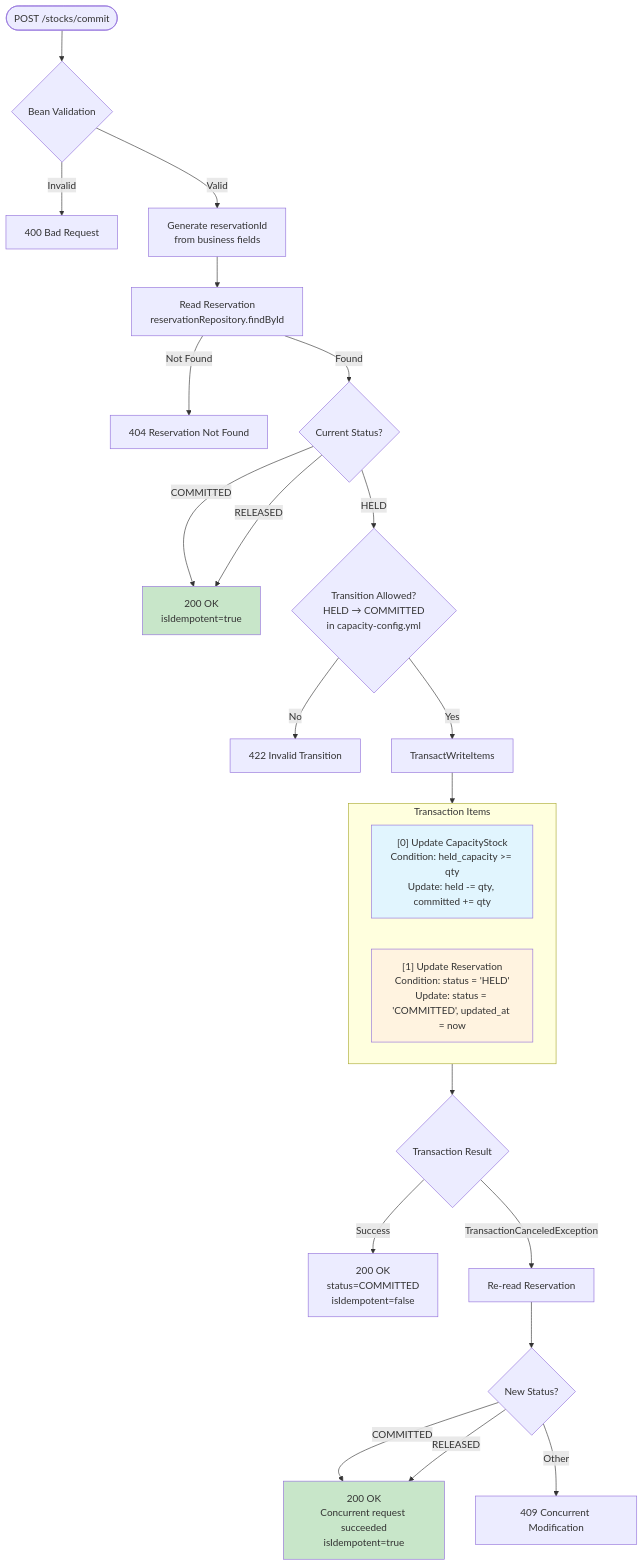
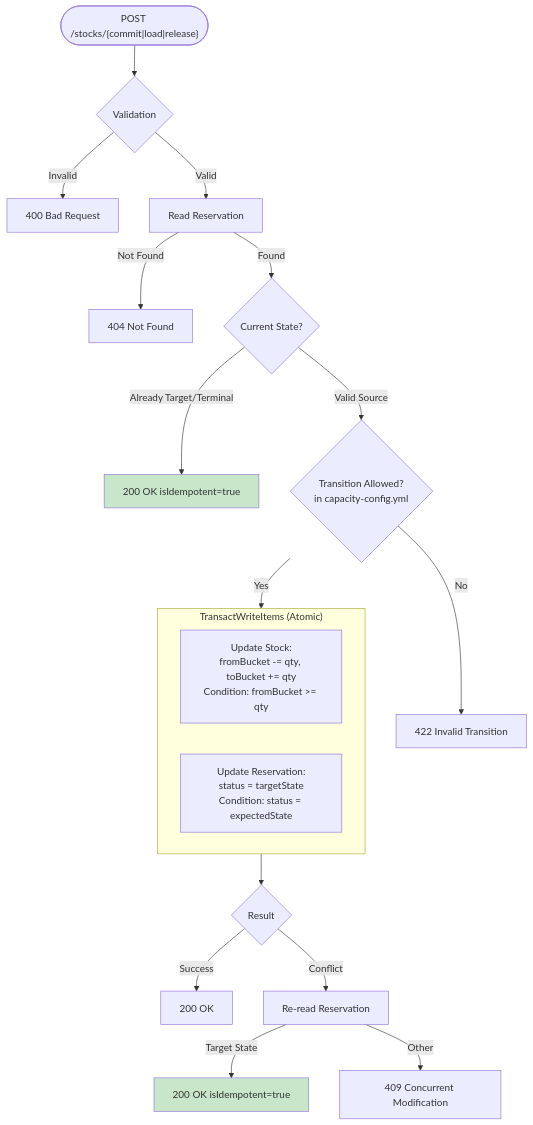
One commit to sethu-rs/stockkeeper changed the third of 6 diagrams in docs/api-flow-diagrams.md. Above: the diagram before and after it, drawn with Mermaid. The commit also changed other lines of this file, not shown here.

Commit message:
aws architecture added

````diff
--- a/docs/api-flow-diagrams.md
+++ b/docs/api-flow-diagrams.md
@@ -201,38 +132,29 @@
 ```mermaid
 flowchart TD
-    Start([POST /stocks/commit]) --> Validate{Bean Validation}
+    Start(["POST /stocks/{commit|load|release}"]) --> Validate{Validation}
     Validate -->|Invalid| Err400[400 Bad Request]
-    Validate -->|Valid| GenKeys[Generate reservationId<br/>from business fields]
+    Validate -->|Valid| Read[Read Reservation]
 
-    GenKeys --> ReadResv[Read Reservation<br/>reservationRepository.findById]
-    ReadResv -->|Not Found| Err404[404 Reservation Not Found]
-    ReadResv -->|Found| CheckState{Current Status?}
+    Read -->|Not Found| Err404[404 Not Found]
+    Read -->|Found| CheckState{Current State?}
 
-    CheckState -->|COMMITTED| IdemReturn[200 OK<br/>isIdempotent=true]
-    CheckState -->|RELEASED| IdemReturn
-    CheckState -->|HELD| ValidateTrans{Transition Allowed?<br/>HELD → COMMITTED<br/>in capacity-config.yml}
+    CheckState -->|Already Target/Terminal| Idemp[200 OK isIdempotent=true]
+    CheckState -->|Valid Source| ValidateTrans{Transition Allowed?<br/>in capacity-config.yml}
 
     ValidateTrans -->|No| Err422[422 Invalid Transition]
-    ValidateTrans -->|Yes| Transaction[TransactWriteItems]
+    ValidateTrans -->|Yes| Transaction
 
-    subgraph TxItems["Transaction Items"]
-        Item0["[0] Update CapacityStock<br/>Condition: held_capacity >= qty<br/>Update: held -= qty, committed += qty"]
-        Item1["[1] Update Reservation<br/>Condition: status = 'HELD'<br/>Update: status = 'COMMITTED', updated_at = now"]
+    subgraph Transaction["TransactWriteItems (Atomic)"]
+        T1["Update Stock:<br/>fromBucket -= qty, toBucket += qty<br/>Condition: fromBucket >= qty"]
+        T2["Update Reservation:<br/>status = targetState<br/>Condition: status = expectedState"]
     end
 
-    Transaction --> TxItems
-    TxItems --> TxResult{Transaction Result}
+    Transaction --> Result{Result}
+    Result -->|Success| OK200[200 OK]
+    Result -->|Conflict| ReRead[Re-read Reservation]
+    ReRead -->|Target State| IdemConc[200 OK isIdempotent=true]
+    ReRead -->|Other| Err409[409 Concurrent Modification]
 
-    TxResult -->|Success| Return200[200 OK<br/>status=COMMITTED<br/>isIdempotent=false]
-
-    TxResult -->|TransactionCanceledException| ReRead[Re-read Reservation]
-    ReRead --> CheckNew{New Status?}
-    CheckNew -->|COMMITTED| IdemResolve[200 OK<br/>Concurrent request succeeded<br/>isIdempotent=true]
-    CheckNew -->|RELEASED| IdemResolve
-    CheckNew -->|Other| Err409[409 Concurrent Modification]
-
-    style Item0 fill:#e1f5fe
-    style Item1 fill:#fff3e0
-    style IdemReturn fill:#c8e6c9
-    style IdemResolve fill:#c8e6c9
+    style Idemp fill:#c8e6c9
+    style IdemConc fill:#c8e6c9
 ```
````
